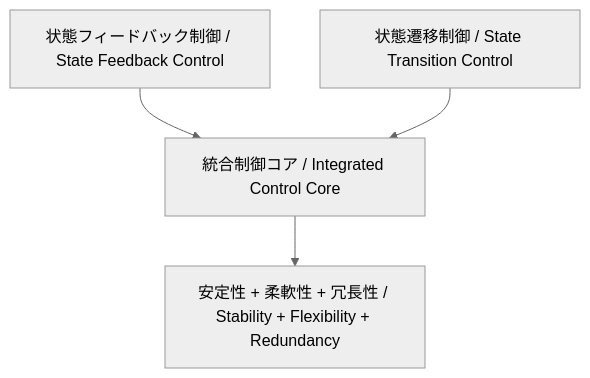
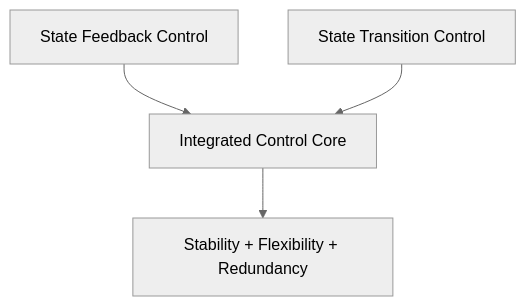
The first of 3 diagrams in en/AITL_Strategy_Proposal_Draft_v4_1_en.md (Samizo-AITL/AITL-Strategy-Proposal), drawn with Mermaid (neutral theme) before and after one commit. The commit also changed other lines of this file, not shown here.

````diff
--- a/en/AITL_Strategy_Proposal_Draft_v4_1_en.md
+++ b/en/AITL_Strategy_Proposal_Draft_v4_1_en.md
@@ -69,6 +89,6 @@
-```mermaid
+``` mermaid
 flowchart TB
-    A[状態フィードバック制御 / State Feedback Control] --> C[統合制御コア / Integrated Control Core]
-    B[状態遷移制御 / State Transition Control] --> C
-    C --> D[安定性 + 柔軟性 + 冗長性 / Stability + Flexibility + Redundancy]
+    A[State Feedback Control] --> C[Integrated Control Core]
+    B[State Transition Control] --> C
+    C --> D[Stability + Flexibility + Redundancy]
 ```
````
